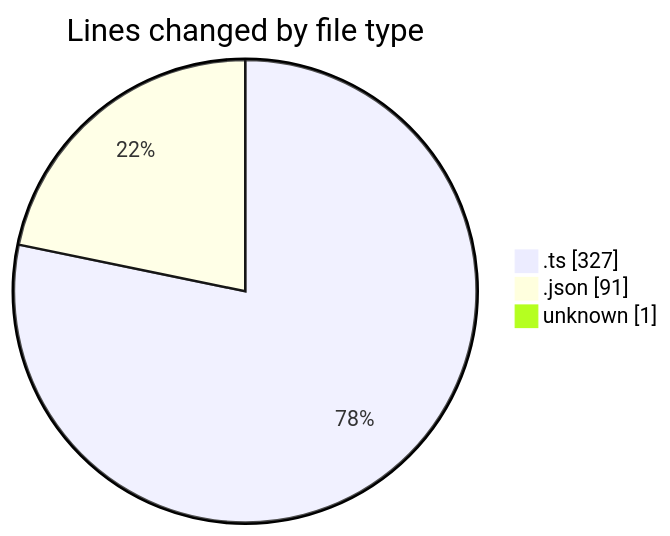
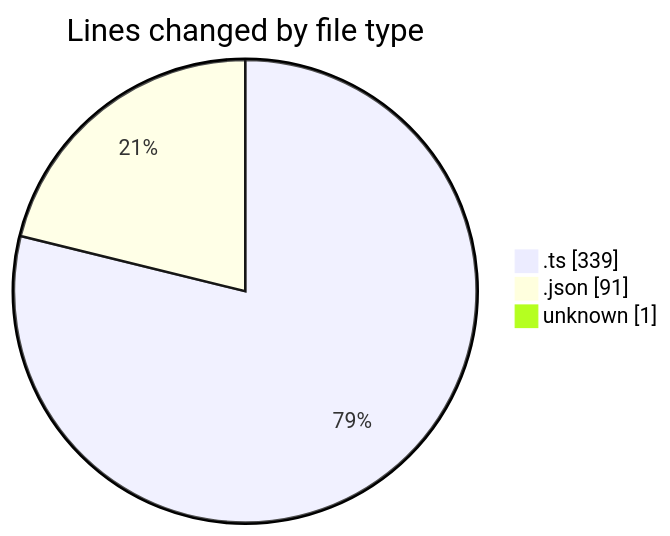
Before and after one commit to donsfak/code-tracking: the first of 2 diagrams in 2025-02-08/maps_clone/README.md, drawn with Mermaid. The commit also changed other lines of this file and 1 other file, not shown here.

````diff
--- a/2025-02-08/maps_clone/README.md
+++ b/2025-02-08/maps_clone/README.md
@@ -22,7 +22,7 @@
 ```mermaid
 pie showData
 title Lines changed by file type
-".ts" : 327
+".ts" : 339
 ".json" : 91
 "unknown" : 1
 ```
````
